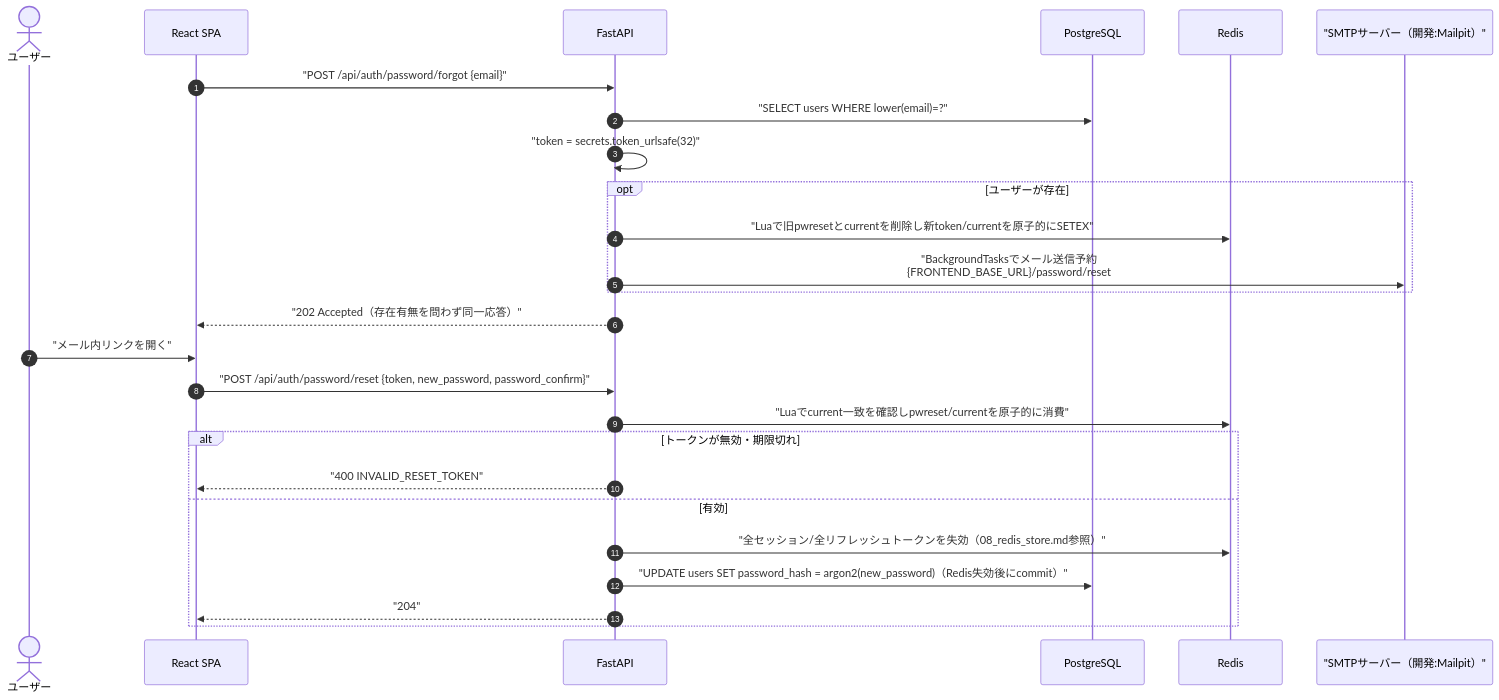
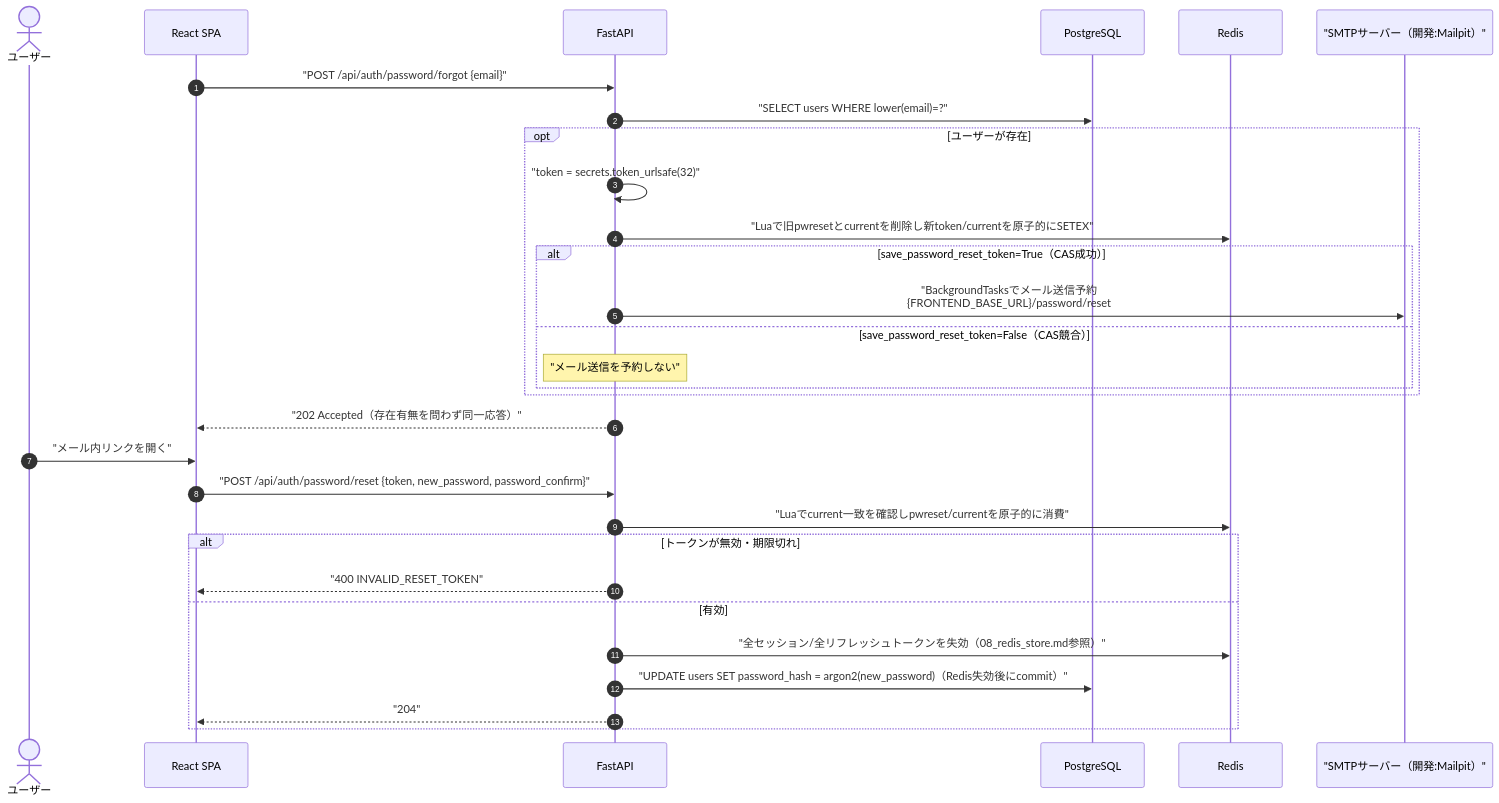
The third of 6 diagrams in docs/detailed_design/auth/06_token_mail.md (oikawa-d/task_management), drawn with Mermaid before and after one commit. The commit also changed other lines of this file and 3 other files, not shown here.

````diff
--- a/docs/detailed_design/auth/06_token_mail.md
+++ b/docs/detailed_design/auth/06_token_mail.md
@@ -136,30 +136,34 @@
 ```mermaid
 sequenceDiagram
     autonumber
     actor U as ユーザー
     participant FE as React SPA
     participant API as FastAPI
     participant PG as PostgreSQL
     participant RD as Redis
     participant SMTP as "SMTPサーバー（開発:Mailpit）"
 
     FE->>API: "POST /api/auth/password/forgot {email}"
     API->>PG: "SELECT users WHERE lower(email)=?"
-    API->>API: "token = secrets.token_urlsafe(32)"
     opt ユーザーが存在
+        API->>API: "token = secrets.token_urlsafe(32)"
         API->>RD: "Luaで旧pwresetとcurrentを削除し新token/currentを原子的にSETEX"
-        API->>SMTP: "BackgroundTasksでメール送信予約<br/>{FRONTEND_BASE_URL}/password/reset#token=..."
+        alt save_password_reset_token=True（CAS成功）
+            API->>SMTP: "BackgroundTasksでメール送信予約<br/>{FRONTEND_BASE_URL}/password/reset#token=..."
+        else save_password_reset_token=False（CAS競合）
+            Note over API: "メール送信を予約しない"
+        end
     end
     API-->>FE: "202 Accepted（存在有無を問わず同一応答）"
 
     U->>FE: "メール内リンクを開く"
     FE->>API: "POST /api/auth/password/reset {token, new_password, password_confirm}"
     API->>RD: "Luaでcurrent一致を確認しpwreset/currentを原子的に消費"
     alt トークンが無効・期限切れ
         API-->>FE: "400 INVALID_RESET_TOKEN"
     else 有効
         API->>RD: "全セッション/全リフレッシュトークンを失効（08_redis_store.md参照）"
         API->>PG: "UPDATE users SET password_hash = argon2(new_password)（Redis失効後にcommit）"
         API-->>FE: "204"
     end
 ```
````
